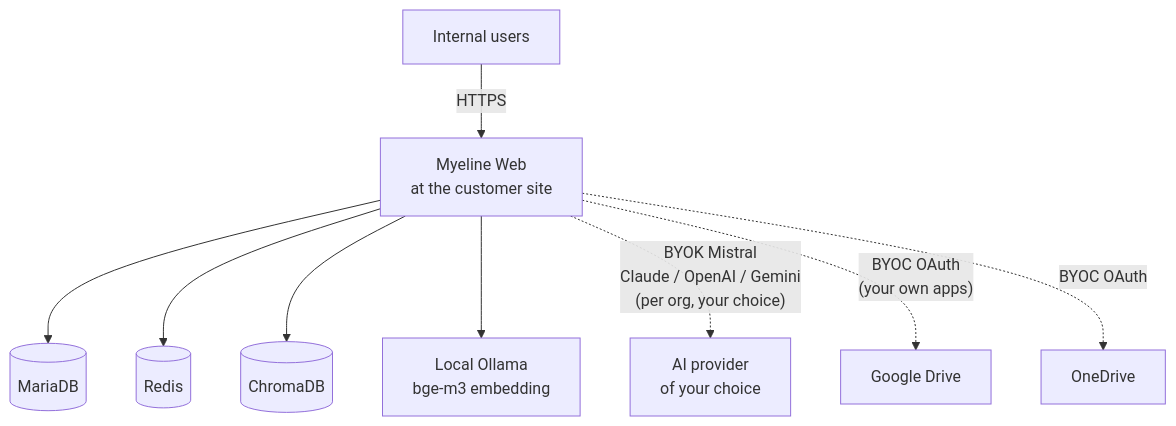
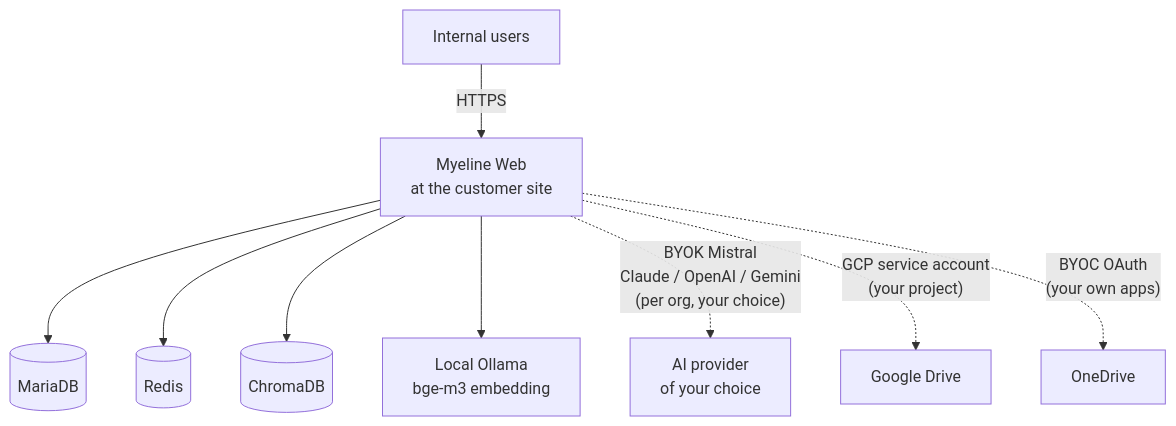
Before and after one commit to ClaraVnk/myeline-docs: the diagram in docs/editions/sovereign-hybrid.en.md, drawn with Mermaid. The commit also changed other lines of this file and 11 other files, not shown here.

First line of the commit message:
docs: update Google Drive connector — service account instead of OAuth

````diff
--- a/docs/editions/sovereign-hybrid.en.md
+++ b/docs/editions/sovereign-hybrid.en.md
@@ -14,11 +14,11 @@
 ```mermaid
 graph TB
     U[Internal users] -->|HTTPS| Web[Myeline Web<br/>at the customer site]
     Web --> DB[(MariaDB)]
     Web --> Redis[(Redis)]
     Web --> Chroma[(ChromaDB)]
     Web --> Ollama[Local Ollama<br/>bge-m3 embedding]
     Web -.->|"BYOK Mistral<br/>Claude / OpenAI / Gemini<br/>(per org, your choice)"| LLM[AI provider<br/>of your choice]
-    Web -.->|"BYOC OAuth<br/>(your own apps)"| GDrive[Google Drive]
-    Web -.->|"BYOC OAuth"| OneDrive[OneDrive]
+    Web -.->|"GCP service account<br/>(your project)"| GDrive[Google Drive]
+    Web -.->|"BYOC OAuth<br/>(your own apps)"| OneDrive[OneDrive]
 ```
````
